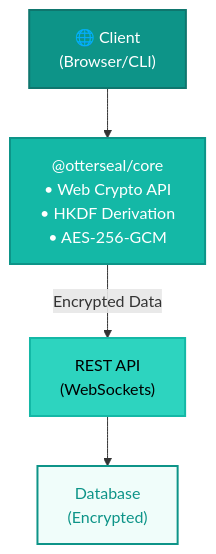
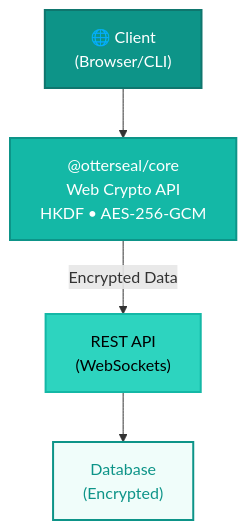
Before and after one commit to ycmjbot/otterseal: the diagram in apps/docs/docs/index.md, drawn with Mermaid. The commit also changed other lines of this file and 10 other files, not shown here.

Commit message:
docs: fix mermaid syntax error and update footer emoji

````diff
--- a/apps/docs/docs/index.md
+++ b/apps/docs/docs/index.md
@@ -48,16 +48,16 @@
 ```mermaid
 graph TD
     A["🌐 Client<br/>(Browser/CLI)"]
-    B["@otterseal/core<br/>• Web Crypto API<br/>• HKDF Derivation<br/>• AES-256-GCM"]
+    B["@otterseal/core<br/>Web Crypto API<br/>HKDF • AES-256-GCM"]
     C["REST API<br/>(WebSockets)"]
     D["Database<br/>(Encrypted)"]
     
     A --> B
     B -->|Encrypted Data| C
     C --> D
     
     style A fill:#0d9488,stroke:#0f766e,stroke-width:2px,color:#fff
     style B fill:#14b8a6,stroke:#0d9488,stroke-width:2px,color:#fff
     style C fill:#2dd4bf,stroke:#14b8a6,stroke-width:2px,color:#000
     style D fill:#f0fdfa,stroke:#0d9488,stroke-width:2px,color:#0d9488
 ```
````
